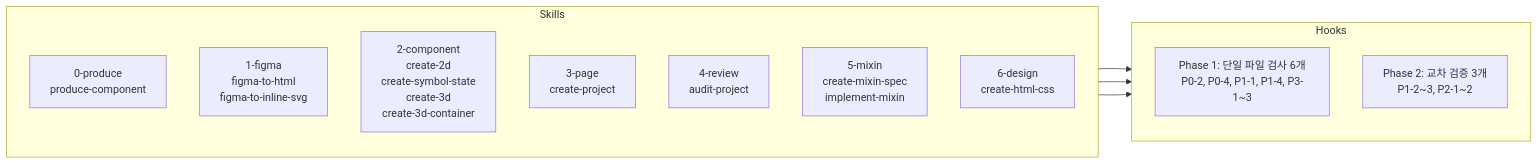
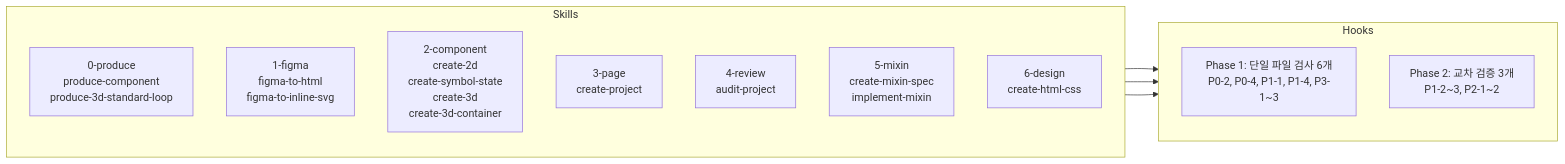
Before and after one commit to dysong-lab/WEB_BUILDER_TOOLKIT: the second of 2 diagrams in CLAUDE.md, drawn with Mermaid. The commit also changed other lines of this file and 5 other files, not shown here.

Commit message:
feat: 3D 대량생산 SKILL 체계 구축 — 신규 Mixin 매핑 + 04~05 변형 패턴 + produce-3d-standard-loop

````diff
--- a/CLAUDE.md
+++ b/CLAUDE.md
@@ -29,23 +29,23 @@
 ```mermaid
 flowchart LR
     subgraph Skills
         direction TB
-        S0[0-produce<br/>produce-component]
+        S0[0-produce<br/>produce-component<br/>produce-3d-standard-loop]
         S1[1-figma<br/>figma-to-html<br/>figma-to-inline-svg]
         S2[2-component<br/>create-2d<br/>create-symbol-state<br/>create-3d<br/>create-3d-container]
         S3[3-page<br/>create-project]
         S4[4-review<br/>audit-project]
         S5[5-mixin<br/>create-mixin-spec<br/>implement-mixin]
         S6[6-design<br/>create-html-css]
     end
 
     subgraph Hooks
         direction TB
         H1[Phase 1: 단일 파일 검사 6개<br/>P0-2, P0-4, P1-1, P1-4, P3-1~3]
         H2[Phase 2: 교차 검증 3개<br/>P1-2~3, P2-1~2]
     end
 
     S2 --> H1
     S2 --> H2
     S3 --> H2
 ```
````
